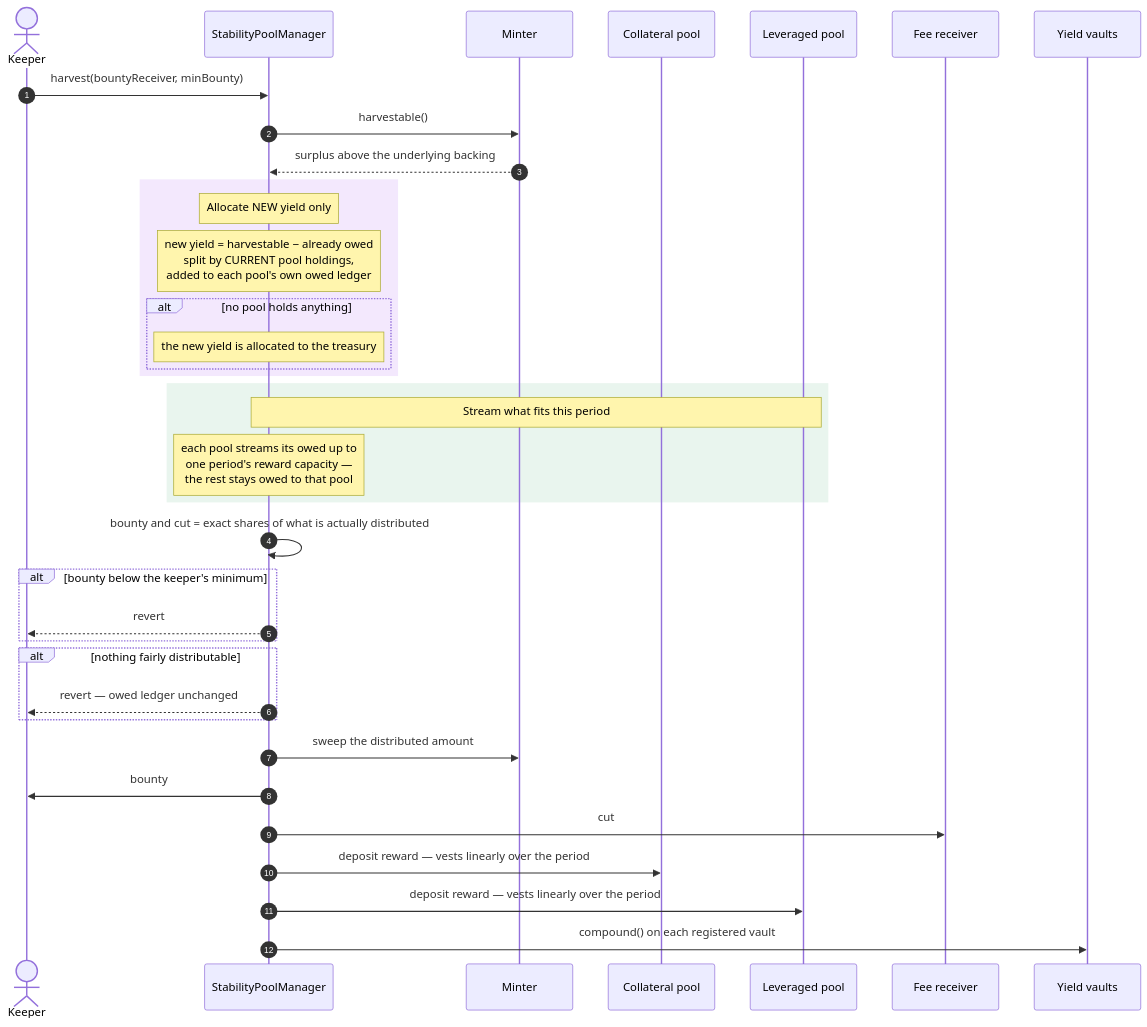
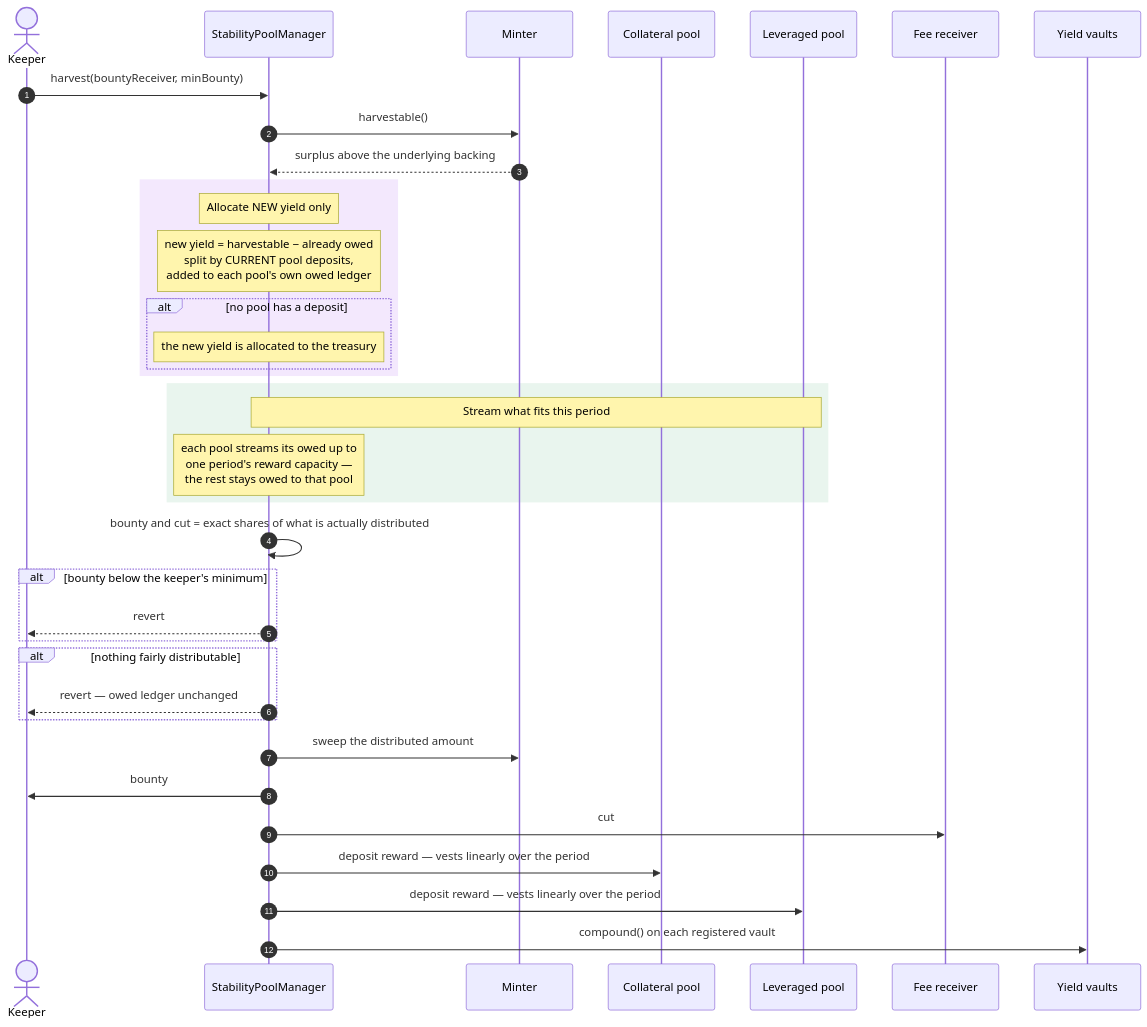
Before and after one commit to baofinance/harbor: the ninth of 16 diagrams in doc/functional-spec.md, drawn with Mermaid. The commit also changed other lines of this file and 5 other files, not shown here.

````diff
--- a/doc/functional-spec.md
+++ b/doc/functional-spec.md
@@ -1397,43 +1397,43 @@
 ```mermaid
 sequenceDiagram
     autonumber
     actor K as Keeper
     participant SPM as StabilityPoolManager
     participant M as Minter
     participant PC as Collateral pool
     participant PL as Leveraged pool
     participant F as Fee receiver
     participant YV as Yield vaults
 
     K->>SPM: harvest(bountyReceiver, minBounty)
     SPM->>M: harvestable()
     M-->>SPM: surplus above the underlying backing
 
     rect rgb(243, 232, 253)
     note over SPM: Allocate NEW yield only
-    note over SPM: new yield = harvestable − already owed<br/>split by CURRENT pool holdings,<br/>added to each pool's own owed ledger
-    alt no pool holds anything
+    note over SPM: new yield = harvestable − already owed<br/>split by CURRENT pool deposits,<br/>added to each pool's own owed ledger
+    alt no pool has a deposit
         note over SPM: the new yield is allocated to the treasury
     end
     end
 
     rect rgb(233, 245, 238)
     note over SPM,PL: Stream what fits this period
     note over SPM: each pool streams its owed up to<br/>one period's reward capacity —<br/>the rest stays owed to that pool
     end
 
     SPM->>SPM: bounty and cut = exact shares of what is actually distributed
     alt bounty below the keeper's minimum
         SPM-->>K: revert
     end
     alt nothing fairly distributable
         SPM-->>K: revert — owed ledger unchanged
     end
 
     SPM->>M: sweep the distributed amount
     SPM->>K: bounty
     SPM->>F: cut
     SPM->>PC: deposit reward — vests linearly over the period
     SPM->>PL: deposit reward — vests linearly over the period
     SPM->>YV: compound() on each registered vault
 ```
````
